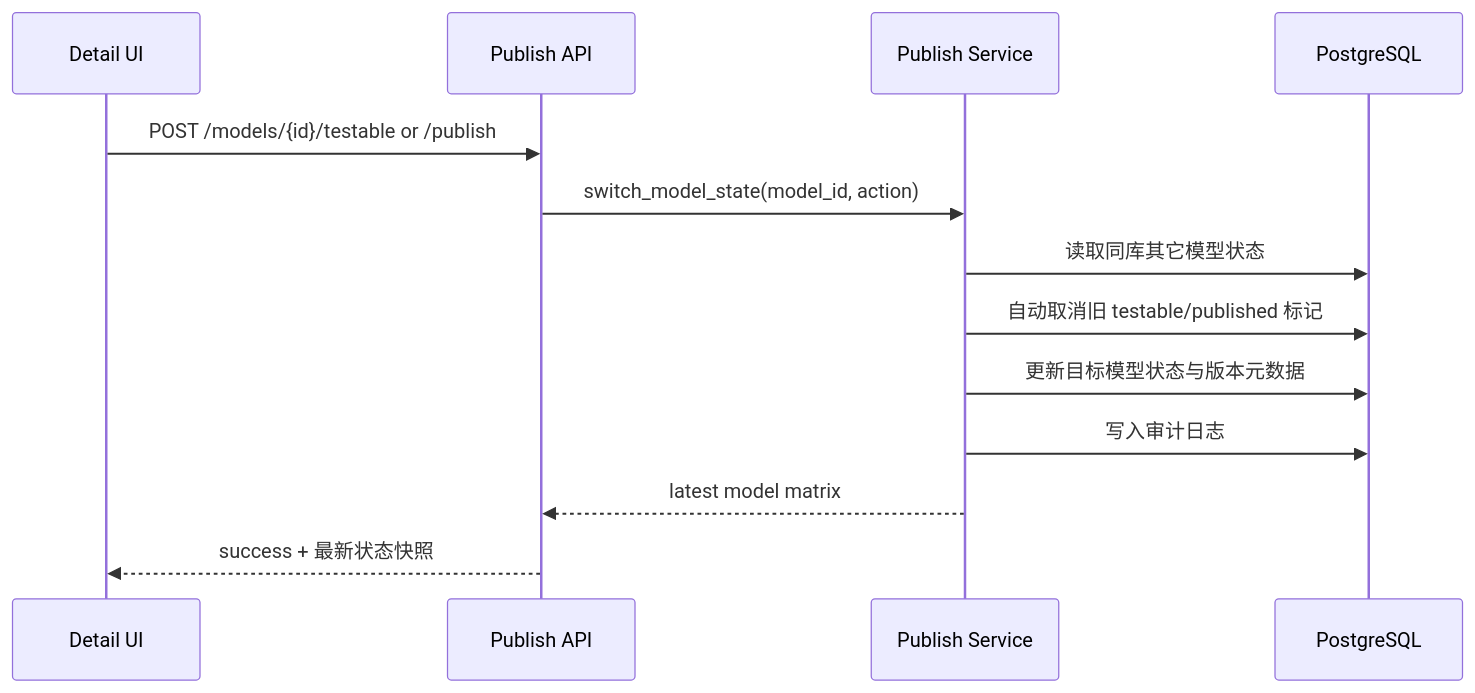
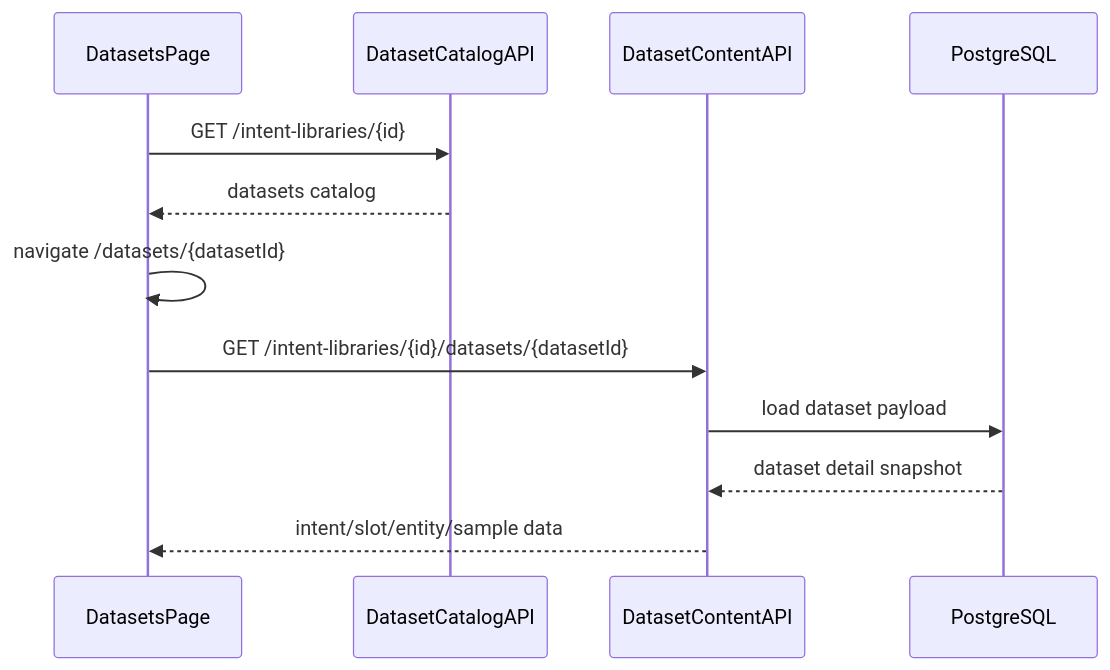
One commit to WangShaoyu1/spec_kit_superpower changed the fourth of 4 diagrams in specs/master/ad/ad-intent-library.md. Above: the diagram before and after it, drawn with Mermaid. The commit also changed other lines of this file and 88 other files, not shown here.

````diff
--- a/specs/master/ad/ad-intent-library.md
+++ b/specs/master/ad/ad-intent-library.md
@@ -109,16 +129,15 @@
 ```mermaid
 sequenceDiagram
-    participant FE as Detail UI
-    participant API as Publish API
-    participant SVC as Publish Service
-    participant PG as PostgreSQL
+    participant FE as DatasetsPage
+    participant API as DatasetCatalogAPI
+    participant Content as DatasetContentAPI
+    participant DB as PostgreSQL
 
-    FE->>API: POST /models/{id}/testable or /publish
-    API->>SVC: switch_model_state(model_id, action)
-    SVC->>PG: 读取同库其它模型状态
-    SVC->>PG: 自动取消旧 testable/published 标记
-    SVC->>PG: 更新目标模型状态与版本元数据
-    SVC->>PG: 写入审计日志
-    SVC-->>API: latest model matrix
-    API-->>FE: success + 最新状态快照
+    FE->>API: GET /intent-libraries/{id}
+    API-->>FE: datasets catalog
+    FE->>FE: navigate /datasets/{datasetId}
+    FE->>Content: GET /intent-libraries/{id}/datasets/{datasetId}
+    Content->>DB: load dataset payload
+    DB-->>Content: dataset detail snapshot
+    Content-->>FE: intent/slot/entity/sample data
 ```
````
